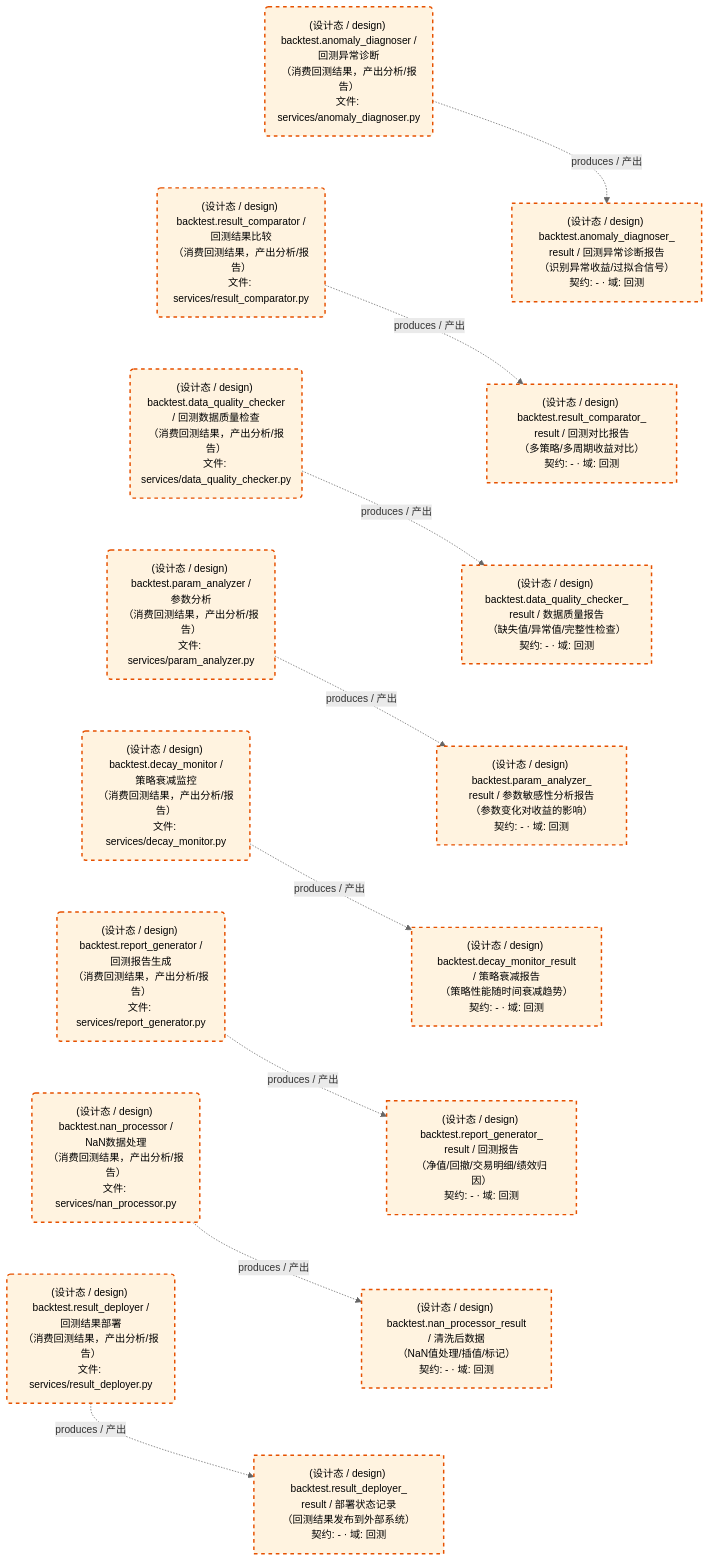
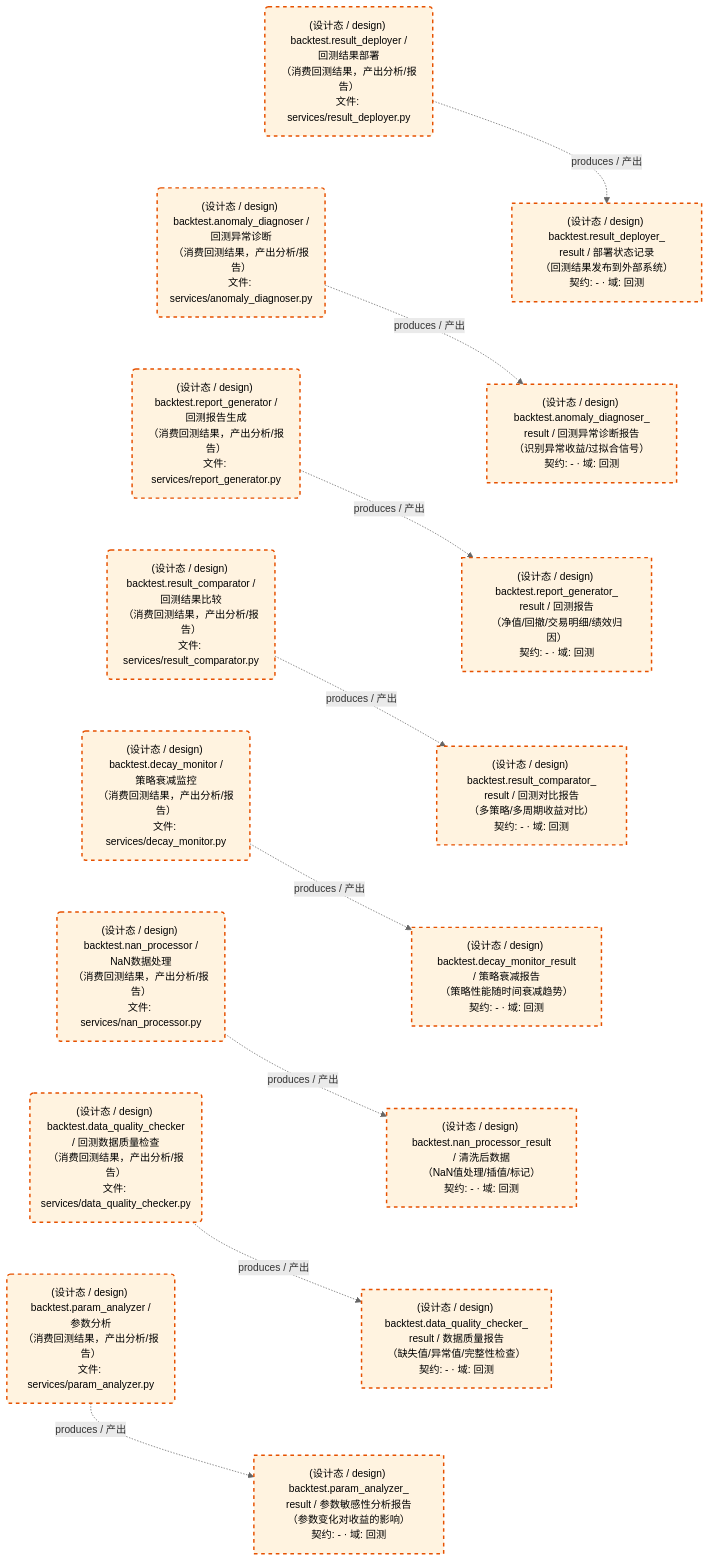
Before and after one commit to xuanFelixVan/ZephyrAlpha: the third of 3 diagrams in docs/02_enterprise_architecture/05_dataflow_architecture/d_backtest.md, drawn with Mermaid. The commit also changed other lines of this file and 12 other files, not shown here.

````diff
--- a/docs/02_enterprise_architecture/05_dataflow_architecture/d_backtest.md
+++ b/docs/02_enterprise_architecture/05_dataflow_architecture/d_backtest.md
@@ -160,47 +160,47 @@
 ```mermaid
 %%{init: {'theme': 'base', 'themeVariables': {'primaryColor': '#eaeaea', 'primaryTextColor': '#333333', 'primaryBorderColor': '#666666', 'lineColor': '#666666', 'secondaryColor': '#eaeaea', 'tertiaryColor': '#eaeaea', 'clusterBkg': 'transparent', 'clusterBorder': 'transparent', 'fontSize': '14px'}}}%%
 flowchart TD
     DS11245["(设计态 / design) backtest.anomaly_diagnoser_<br/>result / 回测异常诊断报告<br/>（识别异常收益/过拟合信号）<br/>契约: - · 域: 回测"]
     DS11246["(设计态 / design) backtest.data_quality_checker_<br/>result / 数据质量报告<br/>（缺失值/异常值/完整性检查）<br/>契约: - · 域: 回测"]
     DS11247["(设计态 / design) backtest.decay_monitor_result<br/>/ 策略衰减报告<br/>（策略性能随时间衰减趋势）<br/>契约: - · 域: 回测"]
     DS11248["(设计态 / design) backtest.nan_processor_result<br/>/ 清洗后数据<br/>（NaN值处理/插值/标记）<br/>契约: - · 域: 回测"]
     DS11249["(设计态 / design) backtest.param_analyzer_<br/>result / 参数敏感性分析报告<br/>（参数变化对收益的影响）<br/>契约: - · 域: 回测"]
     DS11250["(设计态 / design) backtest.report_generator_<br/>result / 回测报告<br/>（净值/回撤/交易明细/绩效归因）<br/>契约: - · 域: 回测"]
     DS11251["(设计态 / design) backtest.result_comparator_<br/>result / 回测对比报告<br/>（多策略/多周期收益对比）<br/>契约: - · 域: 回测"]
     DS11252["(设计态 / design) backtest.result_deployer_<br/>result / 部署状态记录<br/>（回测结果发布到外部系统）<br/>契约: - · 域: 回测"]
     JOB757609("(设计态 / design) backtest.anomaly_diagnoser /<br/>回测异常诊断<br/>（消费回测结果，产出分析/报告）<br/>文件: services/anomaly_diagnoser.py")
     JOB757610("(设计态 / design) backtest.data_quality_checker<br/>/ 回测数据质量检查<br/>（消费回测结果，产出分析/报告）<br/>文件: services/data_quality_checker.py")
     JOB757611("(设计态 / design) backtest.decay_monitor /<br/>策略衰减监控<br/>（消费回测结果，产出分析/报告）<br/>文件: services/decay_monitor.py")
     JOB757612("(设计态 / design) backtest.nan_processor /<br/>NaN数据处理<br/>（消费回测结果，产出分析/报告）<br/>文件: services/nan_processor.py")
     JOB757613("(设计态 / design) backtest.param_analyzer /<br/>参数分析<br/>（消费回测结果，产出分析/报告）<br/>文件: services/param_analyzer.py")
     JOB757614("(设计态 / design) backtest.report_generator /<br/>回测报告生成<br/>（消费回测结果，产出分析/报告）<br/>文件: services/report_generator.py")
     JOB757615("(设计态 / design) backtest.result_comparator /<br/>回测结果比较<br/>（消费回测结果，产出分析/报告）<br/>文件: services/result_comparator.py")
     JOB757616("(设计态 / design) backtest.result_deployer /<br/>回测结果部署<br/>（消费回测结果，产出分析/报告）<br/>文件: services/result_deployer.py")
     JOB757609 -.->|produces / 产出| DS11245
     JOB757610 -.->|produces / 产出| DS11246
     JOB757611 -.->|produces / 产出| DS11247
     JOB757612 -.->|produces / 产出| DS11248
     JOB757613 -.->|produces / 产出| DS11249
     JOB757614 -.->|produces / 产出| DS11250
     JOB757615 -.->|produces / 产出| DS11251
     JOB757616 -.->|produces / 产出| DS11252
-    JOB757609 ~~~ JOB757615
-    JOB757615 ~~~ JOB757610
+    JOB757616 ~~~ JOB757609
+    JOB757609 ~~~ JOB757614
+    JOB757614 ~~~ JOB757615
+    JOB757615 ~~~ JOB757611
+    JOB757611 ~~~ JOB757612
+    JOB757612 ~~~ JOB757610
     JOB757610 ~~~ JOB757613
-    JOB757613 ~~~ JOB757611
-    JOB757611 ~~~ JOB757614
-    JOB757614 ~~~ JOB757612
-    JOB757612 ~~~ JOB757616
-    DS11245 ~~~ DS11251
-    DS11251 ~~~ DS11246
+    DS11252 ~~~ DS11245
+    DS11245 ~~~ DS11250
+    DS11250 ~~~ DS11251
+    DS11251 ~~~ DS11247
+    DS11247 ~~~ DS11248
+    DS11248 ~~~ DS11246
     DS11246 ~~~ DS11249
-    DS11249 ~~~ DS11247
-    DS11247 ~~~ DS11250
-    DS11250 ~~~ DS11248
-    DS11248 ~~~ DS11252
     classDef production fill:#e1f5fe,stroke:#01579b,stroke-width:2px,color:#000
     classDef design fill:#fff3e0,stroke:#e65100,stroke-width:2px,color:#000,stroke-dasharray: 5 5
     classDef external_prod fill:#e8f4fd,stroke:#0277bd,stroke-width:1px,color:#000
     classDef external_design fill:#fff8e7,stroke:#ef6c00,stroke-width:1px,color:#000,stroke-dasharray: 5 5
     class DS11245,DS11246,DS11247,DS11248,DS11249,DS11250,DS11251,DS11252,JOB757609,JOB757610,JOB757611,JOB757612,JOB757613,JOB757614,JOB757615,JOB757616 design
 ```
````
